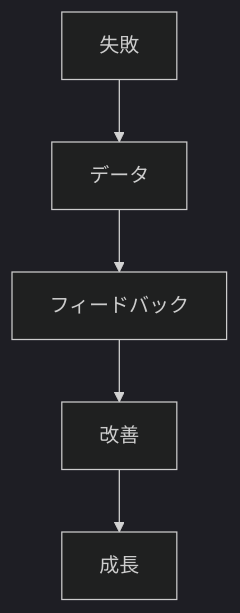
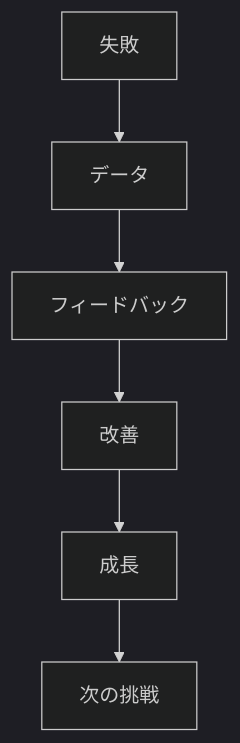
One commit to tndg16-bot/portfolio-site changed the second of 3 diagrams in content/blog/303-failure-redefinition-growth.md. Above: the diagram before and after it, drawn with Mermaid (dark theme). The commit also changed other lines of this file and 4 other files, not shown here.

````diff
--- a/content/blog/303-failure-redefinition-growth.md
+++ b/content/blog/303-failure-redefinition-growth.md
@@ -42,7 +46,8 @@
 ```mermaid
 graph TD
     A[失敗] --> B[データ]
     B --> C[フィードバック]
     C --> D[改善]
     D --> E[成長]
+    E --> F[次の挑戦]
 ```
````
